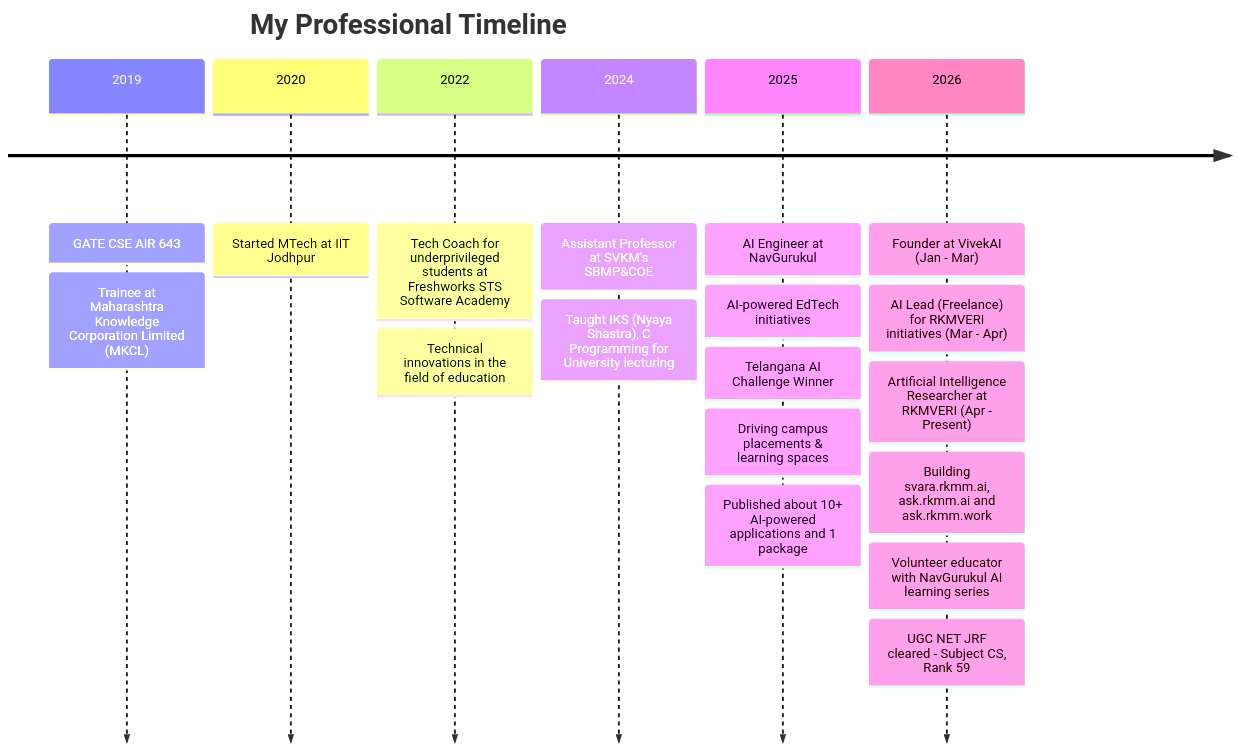
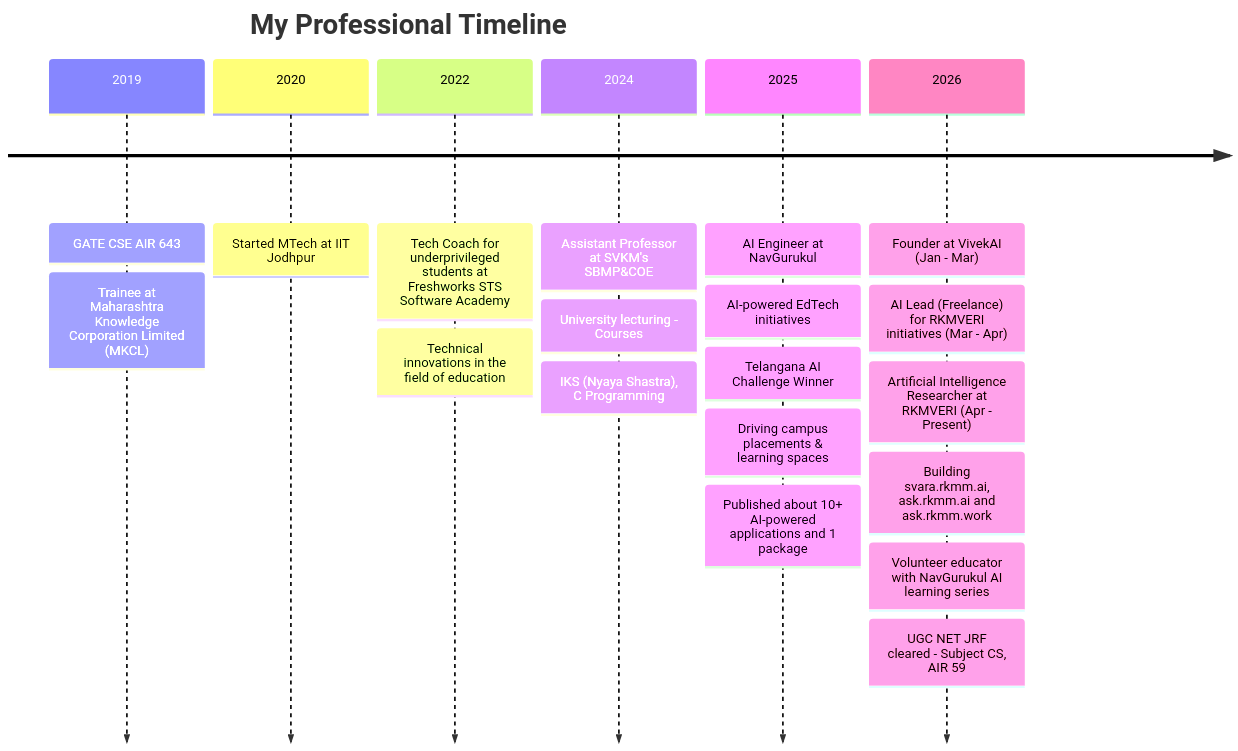
One commit to Vinit-source/Vinit-source changed the diagram in README.md. Above: the diagram before and after it, drawn with Mermaid. The commit also changed other lines of this file, not shown here.

````diff
--- a/README.md
+++ b/README.md
@@ -55,29 +56,29 @@
 ```mermaid
 timeline
     title My Professional Timeline
     
     2019 : GATE CSE AIR 643
          : Trainee at Maharashtra Knowledge Corporation Limited (MKCL)
 
     2020 : Started MTech at IIT Jodhpur
     
     2022 : Tech Coach for underprivileged students at Freshworks STS Software Academy
          : Technical innovations in the field of education
 
     2024 : Assistant Professor at SVKM's SBMP&COE
-         : Taught IKS (Nyaya Shastra), C Programming for University lecturing
+         : University lecturing - Courses: IKS (Nyaya Shastra), C Programming 
     
     2025 : AI Engineer at NavGurukul
          : AI-powered EdTech initiatives
          : Telangana AI Challenge Winner
          : Driving campus placements & learning spaces
          : Published about 10+ AI-powered applications and 1 package
 
     2026 : Founder at VivekAI (Jan - Mar)
          : AI Lead (Freelance) for RKMVERI initiatives (Mar - Apr)
          : Artificial Intelligence Researcher at RKMVERI (Apr - Present)
          : Building svara.rkmm.ai, ask.rkmm.ai and ask.rkmm.work
          : Volunteer educator with NavGurukul AI learning series
-         : UGC NET JRF cleared - Subject CS, Rank 59
+         : UGC NET JRF cleared - Subject CS, AIR 59
 
 ```
````
